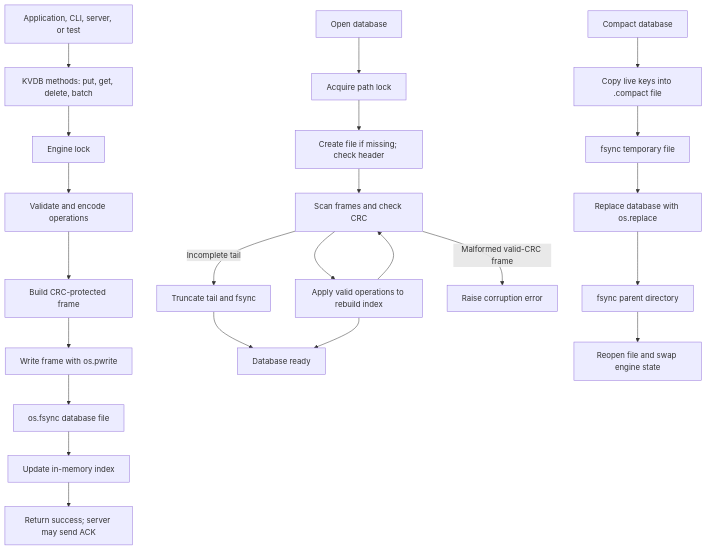
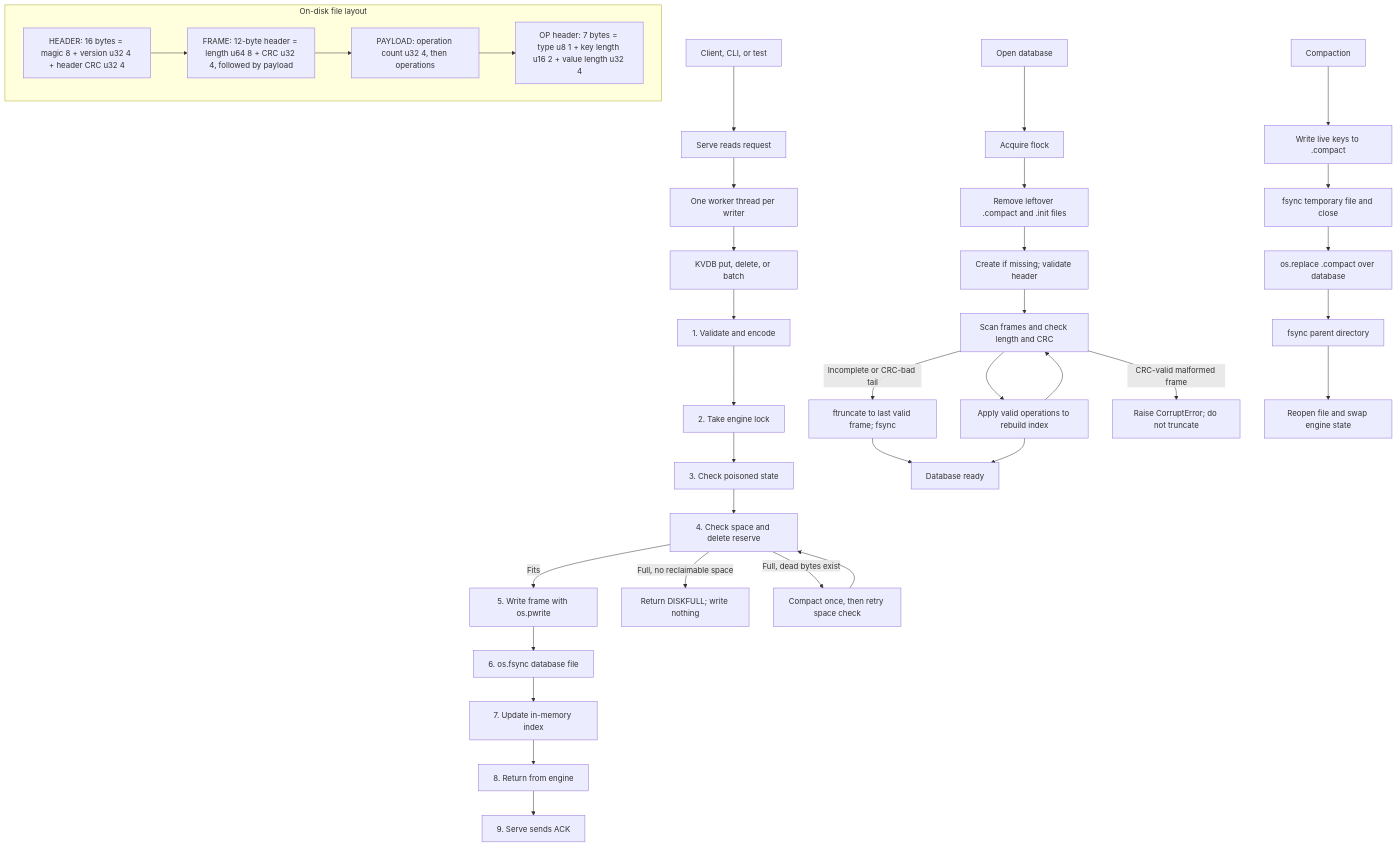
The diagram in ARCHITECTURE.md (nikhilbajantri/AltF4), drawn with Mermaid before and after one commit. The commit also changed other lines of this file, not shown here.

Commit message:
Revise architecture documentation and diagrams
Updated architecture diagram and sections on durability, atomicity, and recoverability for clarity and accuracy.

````diff
--- a/ARCHITECTURE.md
+++ b/ARCHITECTURE.md
@@ -4,27 +4,44 @@
 ```mermaid
 flowchart TD
-    caller["Application, CLI, server, or test"] --> api["KVDB methods: put, get, delete, batch"]
-    api --> lock["Engine lock"]
-    lock --> validate["Validate and encode operations"]
-    validate --> frame["Build CRC-protected frame"]
-    frame --> write["Write frame with os.pwrite"]
-    write --> sync["os.fsync database file"]
-    sync --> index["Update in-memory index"]
-    index --> success["Return success; server may send ACK"]
+    client["Client, CLI, or test"] --> serve["Serve reads request"]
+    serve --> workers["One worker thread per writer"]
+    workers --> api["KVDB put, delete, or batch"]
+    api --> validate["1. Validate and encode"]
+    validate --> lock["2. Take engine lock"]
+    lock --> poison["3. Check poisoned state"]
+    poison --> space["4. Check space and delete reserve"]
+    space -->|Fits| write["5. Write frame with os.pwrite"]
+    write --> sync["6. os.fsync database file"]
+    sync --> index["7. Update in-memory index"]
+    index --> returned["8. Return from engine"]
+    returned --> ack["9. Serve sends ACK"]
 
-    open["Open database"] --> filelock["Acquire path lock"]
-    filelock --> check["Create file if missing; check header"]
-    check --> scan["Scan frames and check CRC"]
-    scan --> replay["Apply valid operations to rebuild index"]
-    replay --> scan
-    scan -->|Incomplete tail| truncate["Truncate tail and fsync"]
+    space -->|Full, no reclaimable space| full["Return DISKFULL; write nothing"]
+    space -->|Full, dead bytes exist| compact_retry["Compact once, then retry space check"]
+    compact_retry --> space
+
+    open["Open database"] --> flock["Acquire flock"]
+    flock --> temps["Remove leftover .compact and .init files"]
+    temps --> header["Create if missing; validate header"]
+    header --> scan["Scan frames and check length and CRC"]
+    scan --> apply["Apply valid operations to rebuild index"]
+    apply --> scan
+    scan -->|Incomplete or CRC-bad tail| truncate["ftruncate to last valid frame; fsync"]
     truncate --> ready["Database ready"]
-    scan -->|Malformed valid-CRC frame| error["Raise corruption error"]
-    replay --> ready
+    apply --> ready
+    scan -->|CRC-valid malformed frame| corrupt["Raise CorruptError; do not truncate"]
 
-    compact["Compact database"] --> live["Copy live keys into .compact file"]
-    live --> tempsync["fsync temporary file"]
-    tempsync --> rename["Replace database with os.replace"]
-    rename --> dirsync["fsync parent directory"]
-    dirsync --> swap["Reopen file and swap engine state"]
+    compact["Compaction"] --> copy["Write live keys to .compact"]
+    copy --> temp_sync["fsync temporary file and close"]
+    temp_sync --> replace["os.replace .compact over database"]
+    replace --> dir_sync["fsync parent directory"]
+    dir_sync --> swap["Reopen file and swap engine state"]
+
+    subgraph format["On-disk file layout"]
+        header_layout["HEADER: 16 bytes = magic 8 + version u32 4 + header CRC u32 4"]
+        frame_layout["FRAME: 12-byte header = length u64 8 + CRC u32 4, followed by payload"]
+        payload_layout["PAYLOAD: operation count u32 4, then operations"]
+        op_layout["OP header: 7 bytes = type u8 1 + key length u16 2 + value length u32 4"]
+        header_layout --> frame_layout --> payload_layout --> op_layout
+    end
 ```
````
